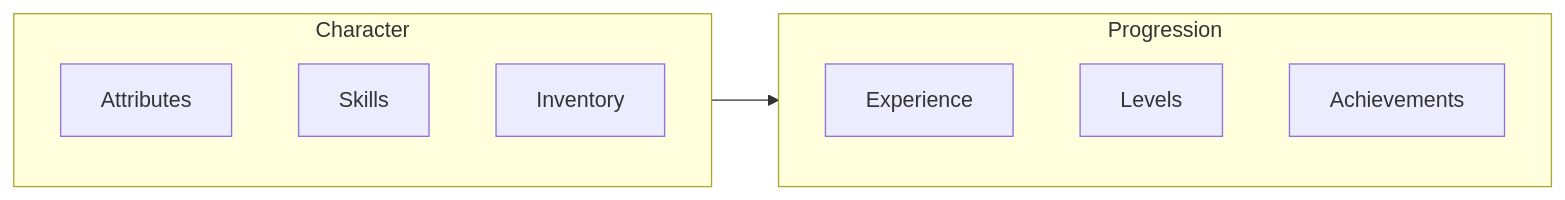
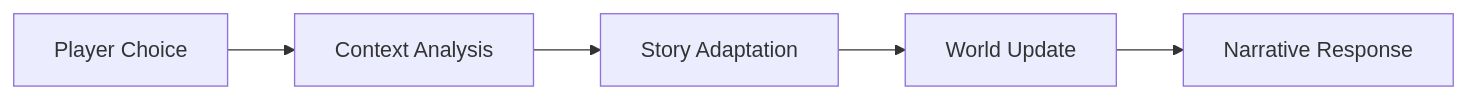
The second of 3 diagrams in docs/content/guides/concepts/core-features.md (Casys-AI/casys-rpg), drawn with Mermaid before and after one commit. The commit also changed other lines of this file and 13 other files, not shown here.

````diff
--- a/docs/content/guides/concepts/core-features.md
+++ b/docs/content/guides/concepts/core-features.md
@@ -45,16 +38,7 @@
-```mermaid
-graph LR
-    subgraph Character
-        AT[Attributes]
-        SK[Skills]
-        IN[Inventory]
-    end
-    
-    subgraph Progression
-        XP[Experience]
-        LV[Levels]
-        AC[Achievements]
-    end
-    
-    Character --> Progression
-```
+        ```mermaid
+        graph LR
+            A[Player Choice] --> B[Context Analysis]
+            B --> C[Story Adaptation]
+            C --> D[World Update]
+            D --> E[Narrative Response]
+        ```
````
